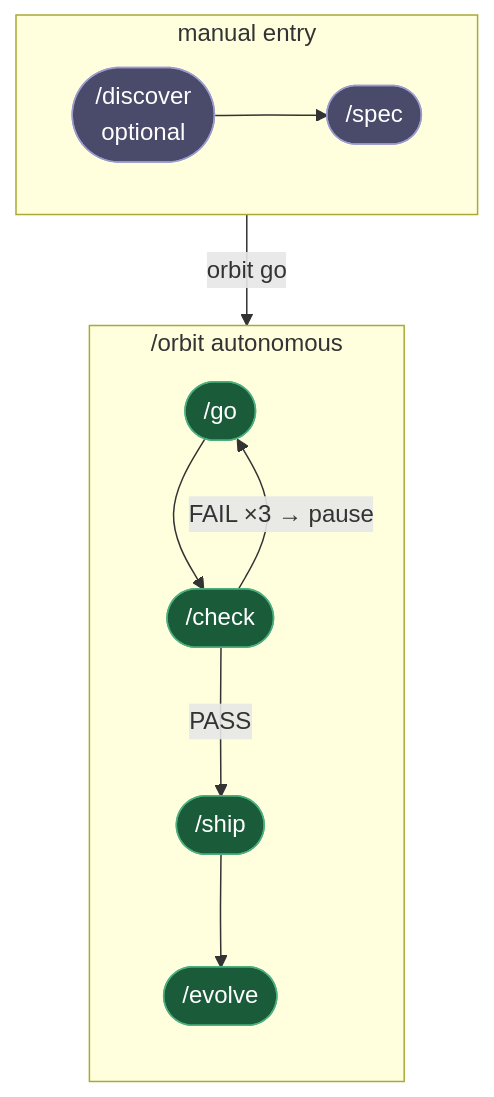
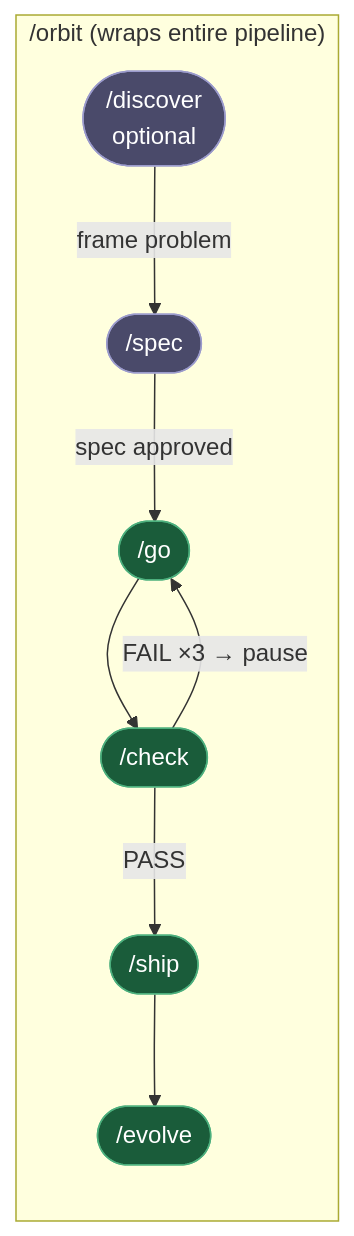
Before and after one commit to epicsagas/epic-harness: the third of 3 diagrams in README.md, drawn with Mermaid. The commit also changed other lines of this file, not shown here.

Commit message:
docs(readme): fix pipeline overview — orbit subgraph wraps all stages including manual entry

````diff
--- a/README.md
+++ b/README.md
@@ -190,26 +190,22 @@
 ```mermaid
 flowchart TD
-    subgraph manual["  manual entry  "]
-        direction LR
+    subgraph orbit["  /orbit  (wraps entire pipeline)  "]
+        direction TD
         D(["/discover\noptional"]):::manual
         S(["/spec"]):::manual
-        D --> S
-    end
-
-    subgraph auto["  /orbit  autonomous  "]
-        direction TD
         G(["/go"]):::auto
         C(["/check"]):::auto
         SH(["/ship"]):::auto
         EV(["/evolve"]):::auto
+
+        D -->|frame problem| S
+        S -->|spec approved| G
         G --> C
         C -->|PASS| SH
         C -->|"FAIL ×3 → pause"| G
         SH --> EV
     end
 
-    S -->|"orbit go"| G
-
     classDef manual fill:#4a4a6a,stroke:#9b9bcc,color:#fff
     classDef auto   fill:#1a5c3a,stroke:#4caf7d,color:#fff
 ```
````
